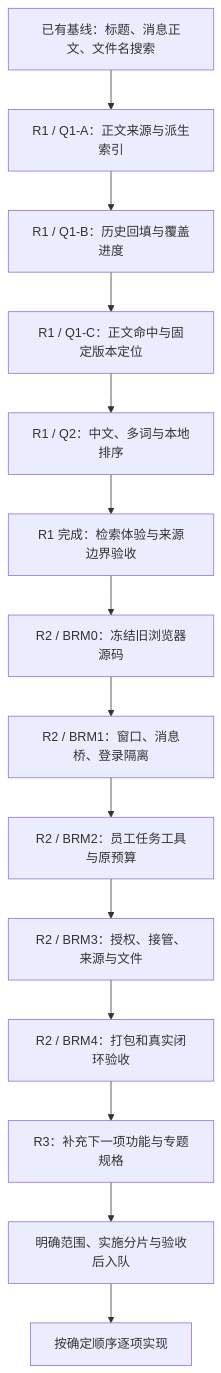
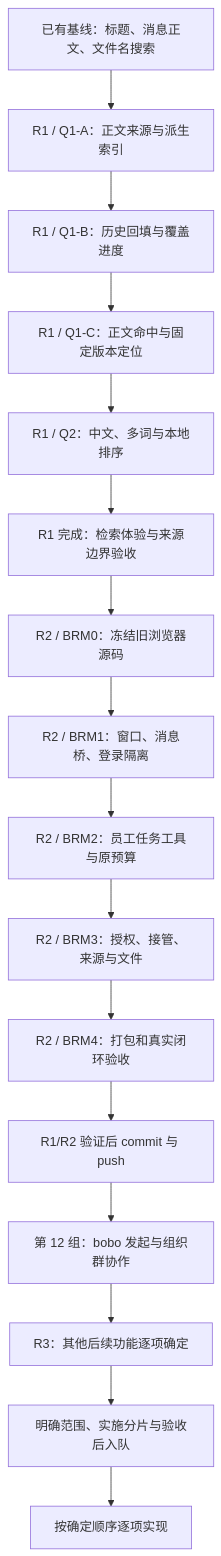
One commit to 6owen/boai-agent changed the diagram in ai-docs/spec/01-后续功能实施路线图.md. Above: the diagram before and after it, drawn with Mermaid. The commit also changed other lines of this file and 124 other files, not shown here.

````diff
--- a/ai-docs/spec/01-后续功能实施路线图.md
+++ b/ai-docs/spec/01-后续功能实施路线图.md
@@ -17,16 +18,18 @@
 ```mermaid
 flowchart TD
     A[已有基线：标题、消息正文、文件名搜索] --> B[R1 / Q1-A：正文来源与派生索引]
     B --> C[R1 / Q1-B：历史回填与覆盖进度]
     C --> D[R1 / Q1-C：正文命中与固定版本定位]
     D --> E[R1 / Q2：中文、多词与本地排序]
     E --> F[R1 完成：检索体验与来源边界验收]
     F --> G[R2 / BRM0：冻结旧浏览器源码]
     G --> H[R2 / BRM1：窗口、消息桥、登录隔离]
     H --> I[R2 / BRM2：员工任务工具与原预算]
     I --> J[R2 / BRM3：授权、接管、来源与文件]
     J --> K[R2 / BRM4：打包和真实闭环验收]
-    K --> L[R3：补充下一项功能与专题规格]
+    K --> CMT[R1/R2 验证后 commit 与 push]
+    CMT --> O[第 12 组：bobo 发起与组织群协作]
+    O --> L[R3：其他后续功能逐项确定]
     L --> M[明确范围、实施分片与验收后入队]
     M --> N[按确定顺序逐项实现]
 ```
````
